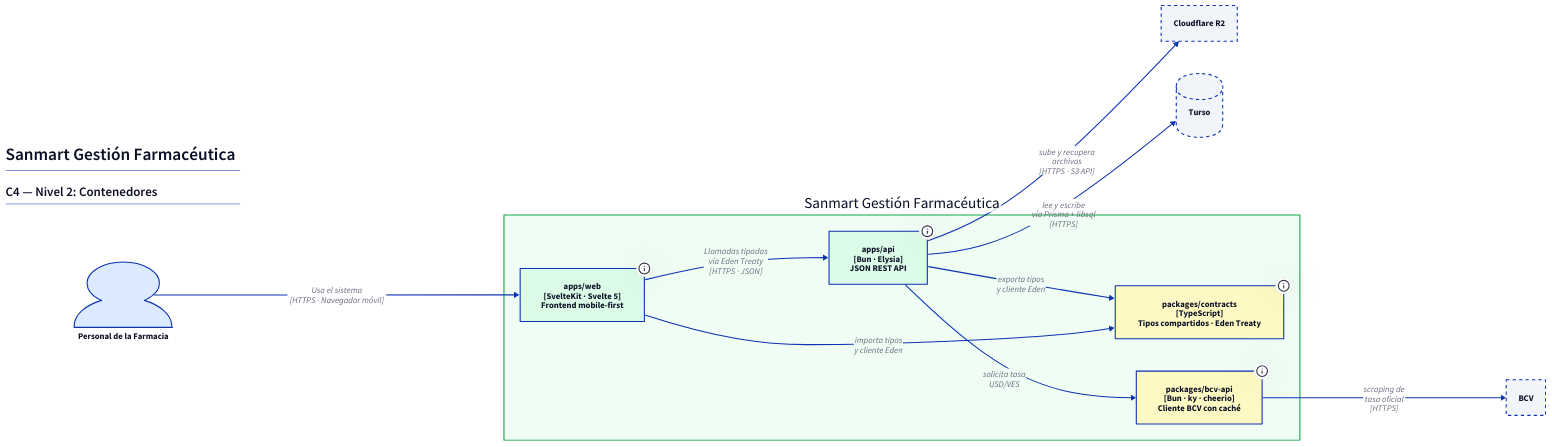
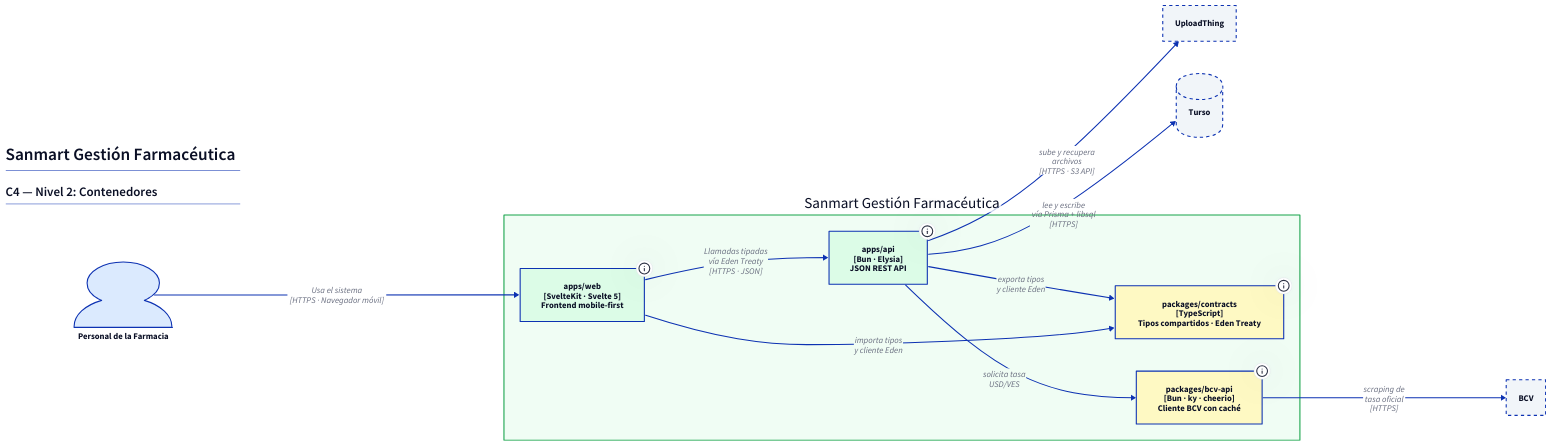
The diagram in docs/architecture/c4-level-2.d2 (DaikoneKisu/san-martin-de-porres-parish-pharmacy-community-service), drawn with D2 before and after one commit. The commit also changed 1 other file, not shown here.

Commit message:
chore: Update storage references to s3-like-storage (UploadThing for now) in C4 architecture diagrams

```diff
--- a/docs/architecture/c4-level-2.d2
+++ b/docs/architecture/c4-level-2.d2
@@ -1,75 +1,75 @@
 direction: right
 
 title: |md
   # Sanmart Gestión Farmacéutica
   ## C4 — Nivel 2: Contenedores
 |
 
 # Actor
 personal: Personal de la Farmacia {
   shape: person
   style.fill: "#dbeafe"
 }
 
 # Sistemas externos
 bcv: BCV {
   shape: rectangle
   style.fill: "#f1f5f9"
   style.stroke-dash: 3
 }
 
-r2: Cloudflare R2 {
+s3-like-storage: UploadThing {
   shape: rectangle
   style.fill: "#f1f5f9"
   style.stroke-dash: 3
 }
 
 turso: Turso {
   shape: cylinder
   style.fill: "#f1f5f9"
   style.stroke-dash: 3
 }
 
 # Contenedores del sistema
 sanmart: Sanmart Gestión Farmacéutica {
   style.fill: "#f0fdf4"
   style.stroke: "#16a34a"
 
   web: apps/web {
     shape: rectangle
     style.fill: "#dcfce7"
-    tooltip: "SvelteKit · TanStack Query · shadcn-svelte · TipTap\nDiseño mobile-first. Sirve la interfaz de usuario.\nDesplegado en Fly.io"
+    tooltip: "SvelteKit · TanStack Query · shadcn-svelte · TipTap\nDiseño mobile-first. Sirve la interfaz de usuario.\nDesplegado en Vercel"
     label: "apps/web\n[SvelteKit · Svelte 5]\nFrontend mobile-first"
   }
 
   api: apps/api {
     shape: rectangle
     style.fill: "#dcfce7"
     tooltip: "Bun · Elysia · Prisma · BetterAuth\nExpone una JSON REST API con autenticación JWT.\nDesplegado en Fly.io"
     label: "apps/api\n[Bun · Elysia]\nJSON REST API"
   }
 
   contracts: packages/contracts {
     shape: rectangle
     style.fill: "#fef9c3"
     tooltip: "Tipos TypeScript compartidos entre web y api.\nIncluye el cliente Eden Treaty generado por Elysia."
     label: "packages/contracts\n[TypeScript]\nTipos compartidos · Eden Treaty"
   }
 
   bcvpkg: packages/bcv-api {
     shape: rectangle
     style.fill: "#fef9c3"
     tooltip: "Wrapper del scraping al portal del BCV.\nIncluye validación de certificado TLS, AIA chasing\ny caché en memoria con TTL configurable."
     label: "packages/bcv-api\n[Bun · ky · cheerio]\nCliente BCV con caché"
   }
 }
 
 # Relaciones internas
 personal -> sanmart.web: "Usa el sistema\n[HTTPS · Navegador móvil]"
 sanmart.web -> sanmart.api: "Llamadas tipadas\nvía Eden Treaty\n[HTTPS · JSON]"
 sanmart.web -> sanmart.contracts: "importa tipos\ny cliente Eden"
 sanmart.api -> sanmart.contracts: "exporta tipos\ny cliente Eden"
 sanmart.api -> sanmart.bcvpkg: "solicita tasa\nUSD/VES"
 sanmart.api -> turso: "lee y escribe\nvía Prisma + libsql\n[HTTPS]"
-sanmart.api -> r2: "sube y recupera\narchivos\n[HTTPS · S3 API]"
+sanmart.api -> s3-like-storage: "sube y recupera\narchivos\n[HTTPS · S3 API]"
 sanmart.bcvpkg -> bcv: "scraping de\ntasa oficial\n[HTTPS]"
```
